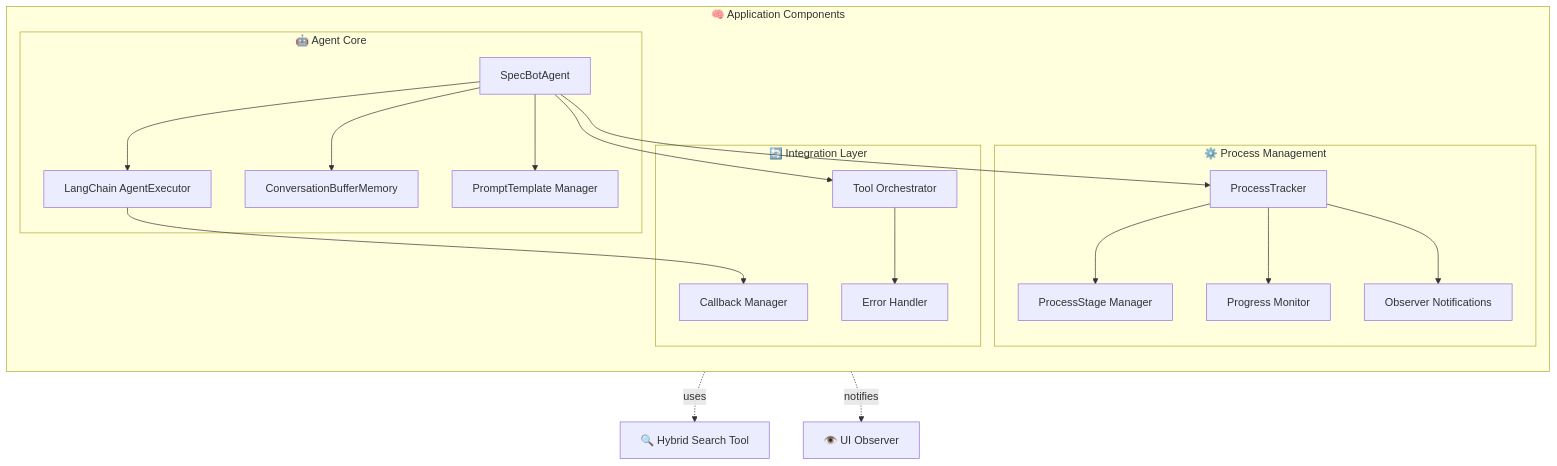
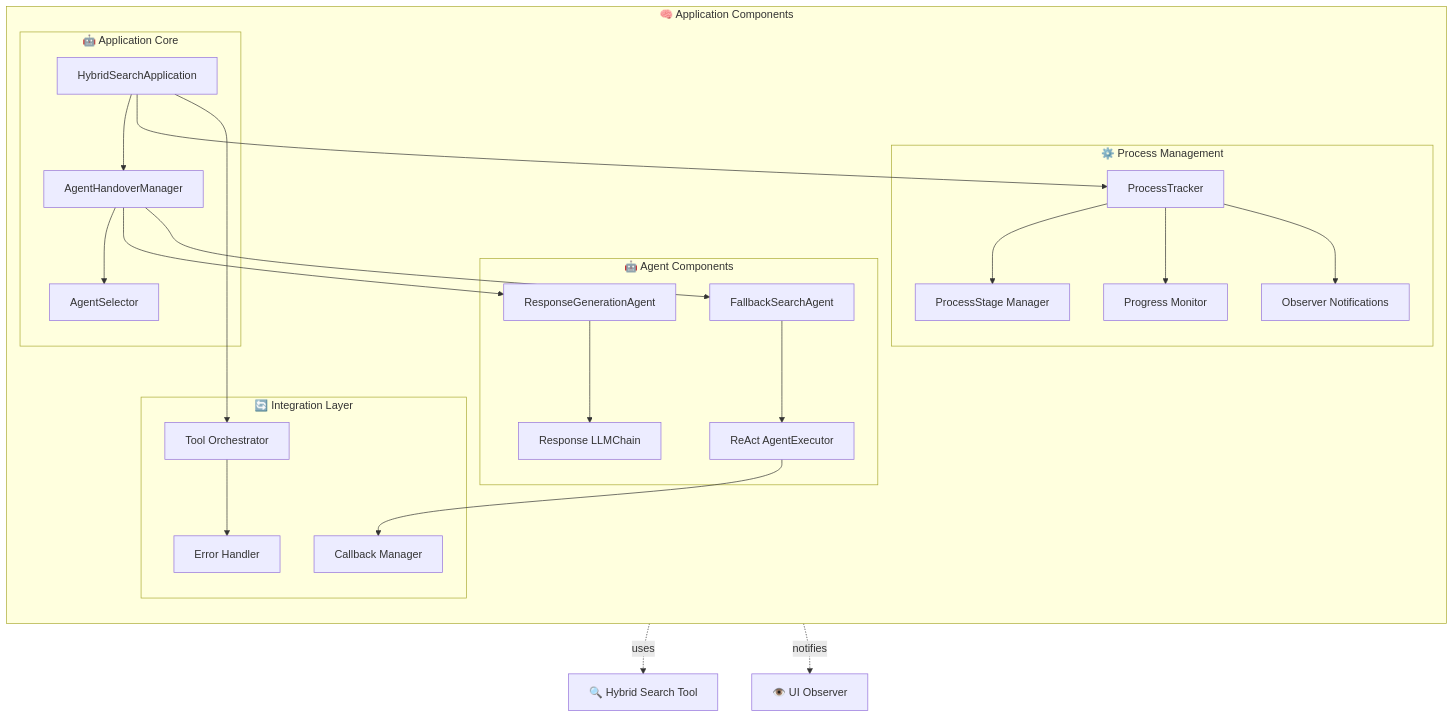
Before and after one commit to gucchon001/attratian_chatbot: the third of 13 diagrams in docs/SPEC-DS-005C コンポーネント図設計書.md, drawn with Mermaid. The commit also changed other lines of this file and 9 other files, not shown here.

````diff
--- a/docs/SPEC-DS-005C コンポーネント図設計書.md
+++ b/docs/SPEC-DS-005C コンポーネント図設計書.md
@@ -128,44 +128,57 @@
 ```mermaid
 graph TB
     subgraph "🧠 Application Components"
         direction TB
         
-        subgraph "🤖 Agent Core"
-            SpecBotAgent[SpecBotAgent]
-            AgentExecutor[LangChain AgentExecutor]
-            MemoryManager[ConversationBufferMemory]
-            PromptTemplates[PromptTemplate Manager]
+        subgraph "🤖 Application Core"
+            HybridSearchApp[HybridSearchApplication]
+            AgentHandoverMgr[AgentHandoverManager]
+            AgentSelector[AgentSelector]
+        end
+        
+        subgraph "🤖 Agent Components"
+            ResponseAgent[ResponseGenerationAgent]
+            FallbackAgent[FallbackSearchAgent]
+            LLMChainResponse[Response LLMChain]
+            ReActAgent[ReAct AgentExecutor]
         end
         
         subgraph "⚙️ Process Management"
             ProcessTracker[ProcessTracker]
             StageManager[ProcessStage Manager]
             ProgressMonitor[Progress Monitor]
             ObserverPattern[Observer Notifications]
         end
         
         subgraph "🔄 Integration Layer"
             ToolOrchestrator[Tool Orchestrator]
             CallbackManager[Callback Manager]
             ErrorHandler[Error Handler]
         end
     end
 
-    %% Internal connections
-    SpecBotAgent --> AgentExecutor
-    SpecBotAgent --> MemoryManager
-    SpecBotAgent --> PromptTemplates
-    SpecBotAgent --> ProcessTracker
+    %% Internal connections - Application Core
+    HybridSearchApp --> AgentHandoverMgr
+    HybridSearchApp --> ProcessTracker
+    AgentHandoverMgr --> AgentSelector
+    AgentHandoverMgr --> ResponseAgent
+    AgentHandoverMgr --> FallbackAgent
     
+    %% Agent Component connections
+    ResponseAgent --> LLMChainResponse
+    FallbackAgent --> ReActAgent
+    
+    %% Process Management connections
     ProcessTracker --> StageManager
     ProcessTracker --> ProgressMonitor
     ProcessTracker --> ObserverPattern
     
-    SpecBotAgent --> ToolOrchestrator
-    AgentExecutor --> CallbackManager
+    %% Integration Layer connections
+    HybridSearchApp --> ToolOrchestrator
+    ReActAgent --> CallbackManager
     ToolOrchestrator --> ErrorHandler
 
     %% External dependencies
-    SpecBotAgent -.->|uses| HybridSearchTool[🔍 Hybrid Search Tool]
+    HybridSearchApp -.->|uses| HybridSearchTool[🔍 Hybrid Search Tool]
     ProcessTracker -.->|notifies| UIObserver[👁️ UI Observer]
 ```
````
